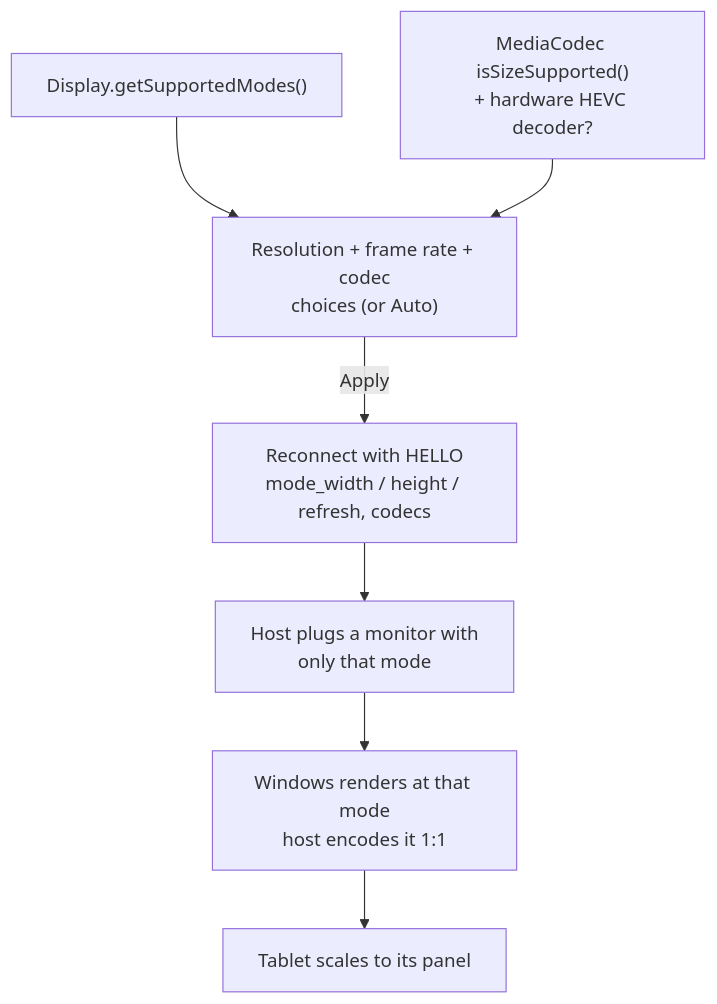
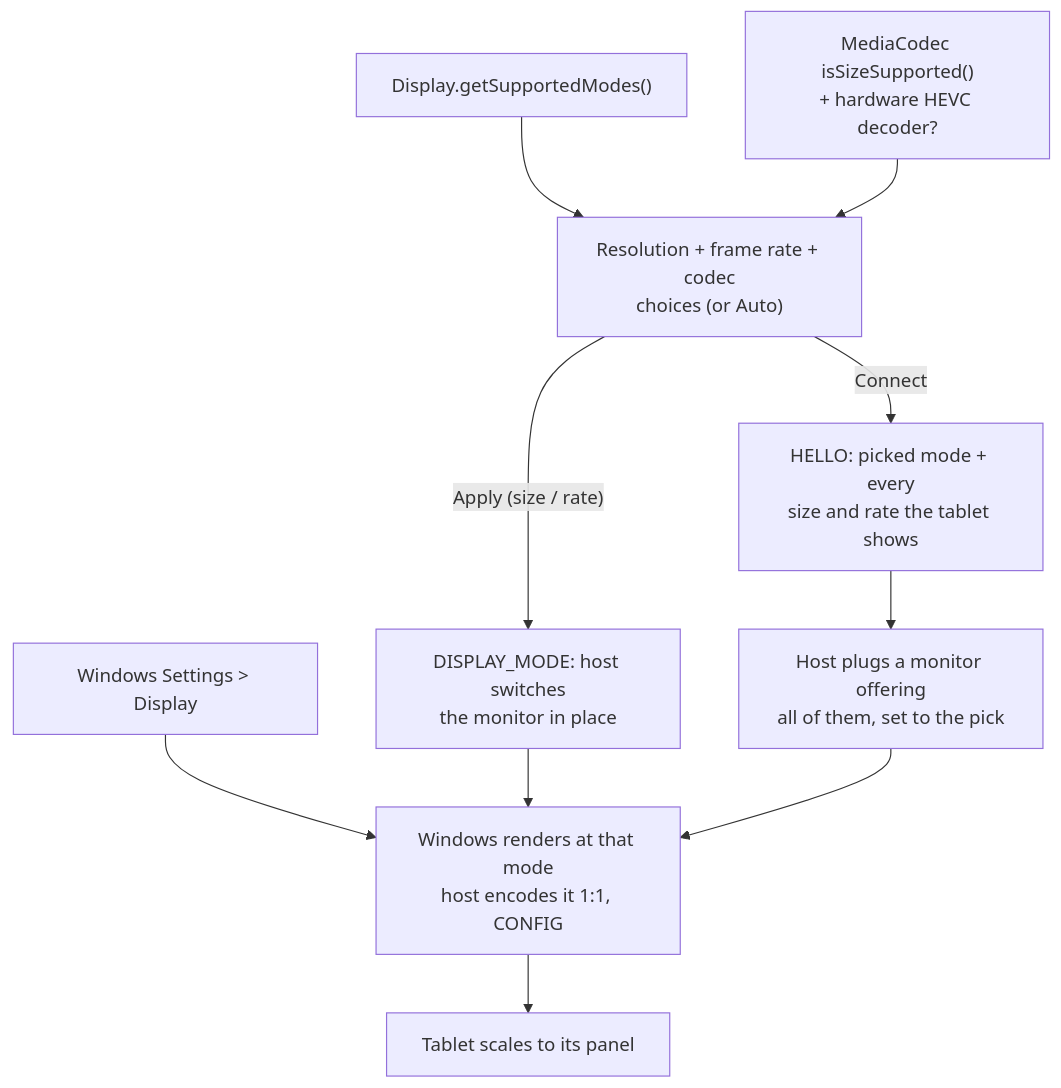
Before and after one commit to zengarv/DeuxDisplay: the fourth of 5 diagrams in README.md, drawn with Mermaid. The commit also changed other lines of this file and 24 other files, not shown here.

````diff
--- a/README.md
+++ b/README.md
@@ -183,9 +191,12 @@
 ```mermaid
 flowchart TB
     A["Display.getSupportedModes()"] --> C["Resolution + frame rate + codec<br/>choices (or Auto)"]
     B["MediaCodec isSizeSupported()<br/>+ hardware HEVC decoder?"] --> C
-    C -- "Apply" --> E["Reconnect with HELLO<br/>mode_width / height / refresh, codecs"]
-    E --> F["Host plugs a monitor with<br/>only that mode"]
-    F --> G["Windows renders at that mode<br/>host encodes it 1:1"]
+    C -- "Connect" --> E["HELLO: picked mode + every<br/>size and rate the tablet shows"]
+    E --> F["Host plugs a monitor offering<br/>all of them, set to the pick"]
+    C -- "Apply (size / rate)" --> D["DISPLAY_MODE: host switches<br/>the monitor in place"]
+    W["Windows Settings > Display"] --> G
+    D --> G["Windows renders at that mode<br/>host encodes it 1:1, CONFIG"]
+    F --> G
     G --> H["Tablet scales to its panel"]
 ```
````
